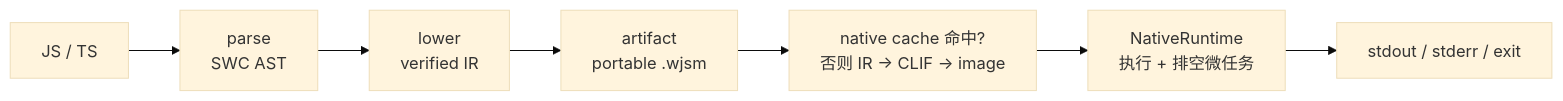
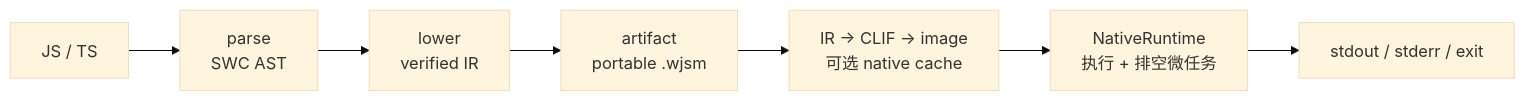
Before and after one commit to juzi5201314/wjsm: the diagram in docs/book/src/user/overview/execution-model.md, drawn with Mermaid (base theme). The commit also changed other lines of this file and 31 other files, not shown here.

````diff
--- a/docs/book/src/user/overview/execution-model.md
+++ b/docs/book/src/user/overview/execution-model.md
@@ -5,9 +5,9 @@
 ```mermaid
 flowchart LR
     src["JS / TS"] --> parse["parse<br/>SWC AST"]
     parse --> lower["lower<br/>verified IR"]
     lower --> artifact["artifact<br/>portable .wjsm"]
-    artifact --> native["native cache 命中?<br/>否则 IR → CLIF → image"]
+    artifact --> native["IR → CLIF → image<br/>可选 native cache"]
     native --> rt["NativeRuntime<br/>执行 + 排空微任务"]
     rt --> out["stdout / stderr / exit"]
 ```
````
